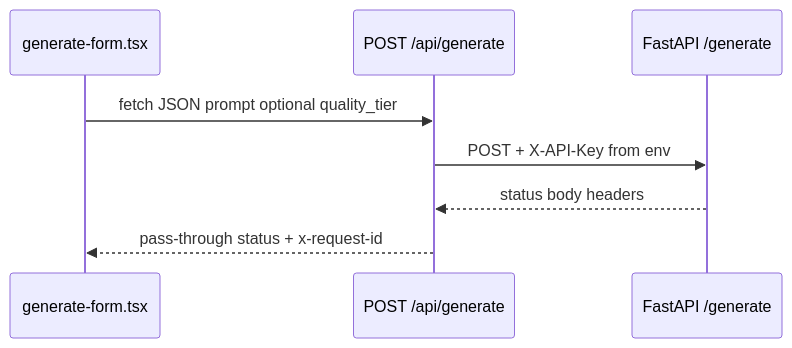
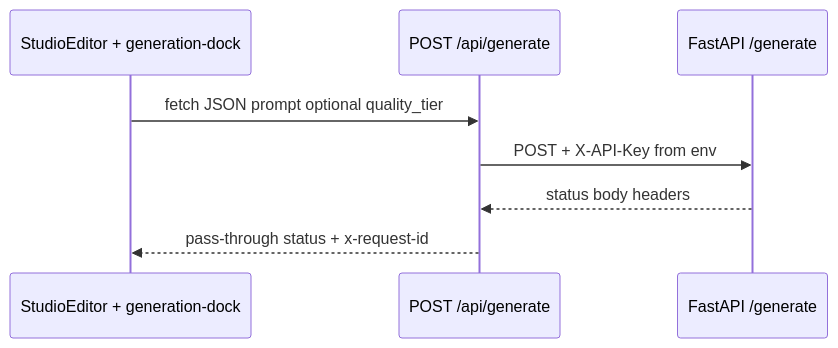
Before and after one commit to kirank93611/vid-gen-sdxl-pipe: the eighth of 10 diagrams in LLD.md, drawn with Mermaid. The commit also changed other lines of this file and 64 other files, not shown here.

````diff
--- a/LLD.md
+++ b/LLD.md
@@ -319,11 +332,11 @@
 ```mermaid
 sequenceDiagram
-    participant UI as generate-form.tsx
+    participant UI as StudioEditor + generation-dock
     participant RH as POST /api/generate
     participant API as FastAPI /generate
 
     UI->>RH: fetch JSON prompt optional quality_tier
     RH->>API: POST + X-API-Key from env
     API-->>RH: status body headers
     RH-->>UI: pass-through status + x-request-id
 ```
````
